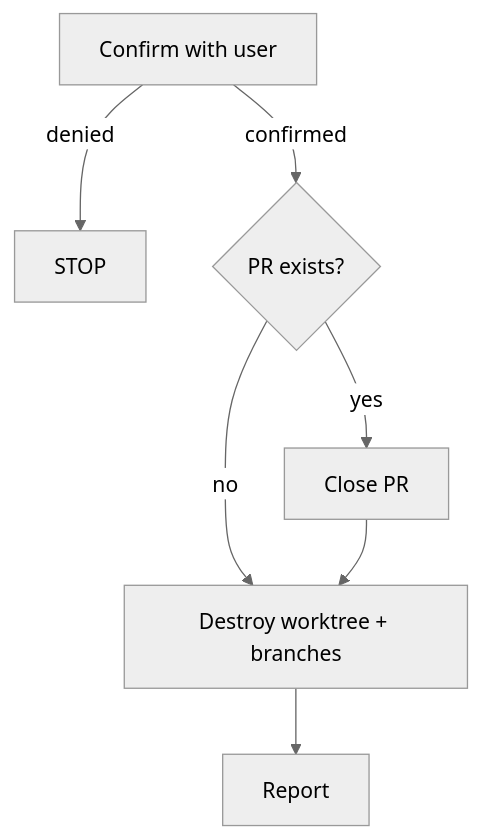
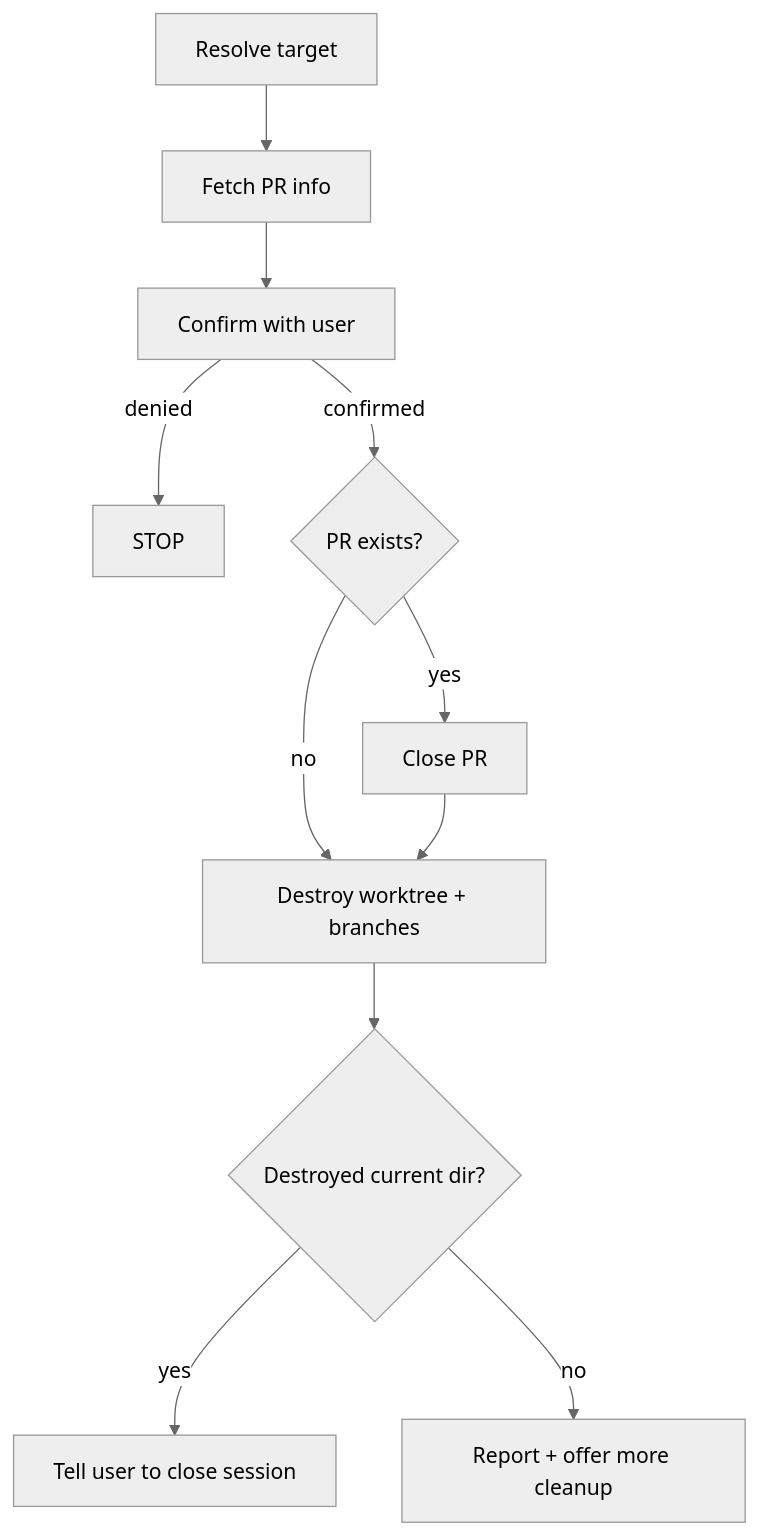
Before and after one commit to salimhamed/claude-code-flow: the diagram in skills/wt-destroy/SKILL.md, drawn with Mermaid (neutral theme). The commit also changed other lines of this file, not shown here.

First line of the commit message:
Add optional branch argument and CWD-aware report to wt-destroy

````diff
--- a/skills/wt-destroy/SKILL.md
+++ b/skills/wt-destroy/SKILL.md
@@ -27,9 +28,13 @@
 ```mermaid
 flowchart TD
-    A[Confirm with user] -- denied --> STOP
-    A -- confirmed --> B{PR exists?}
-    B -- yes --> C[Close PR]
-    B -- no --> D[Destroy worktree + branches]
-    C --> D
-    D --> E[Report]
+    A[Resolve target] --> B[Fetch PR info]
+    B --> C[Confirm with user]
+    C -- denied --> STOP
+    C -- confirmed --> D{PR exists?}
+    D -- yes --> E[Close PR]
+    D -- no --> F[Destroy worktree + branches]
+    E --> F
+    F --> G{Destroyed current dir?}
+    G -- yes --> H[Tell user to close session]
+    G -- no --> I[Report + offer more cleanup]
 ```
````
